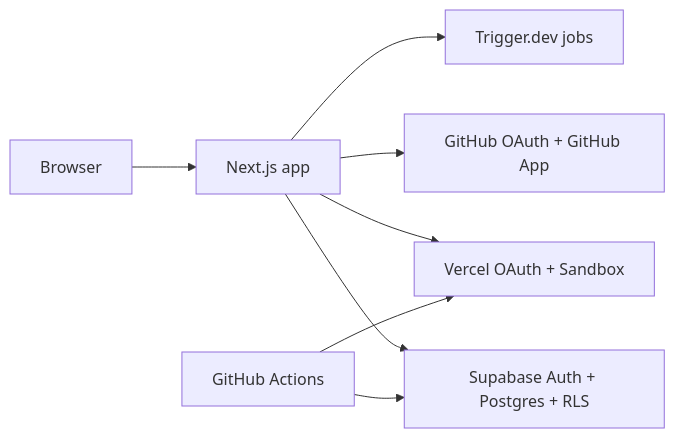
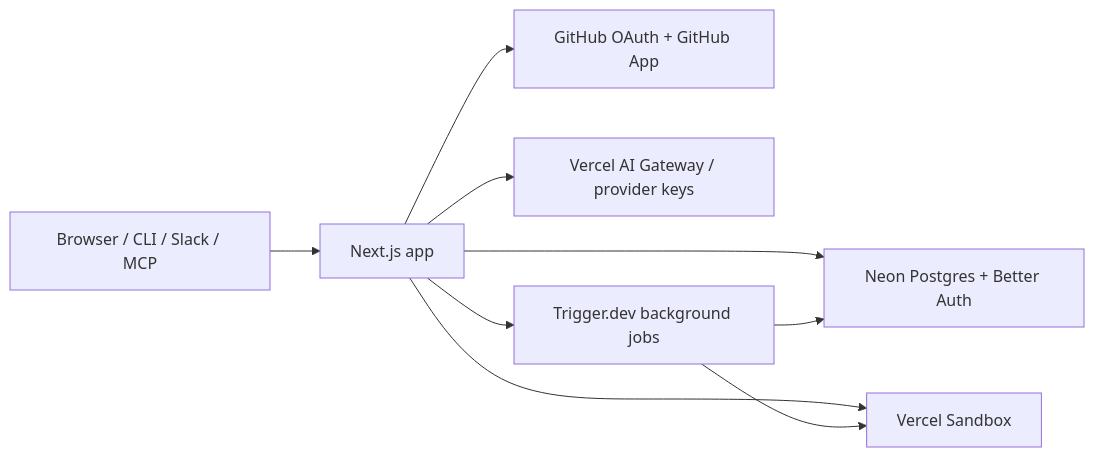
Before and after one commit to Mogplex/mogplex: the diagram in README.md, drawn with Mermaid. The commit also changed other lines of this file and 5 other files, not shown here.

````diff
--- a/README.md
+++ b/README.md
@@ -32,10 +34,11 @@
 ```mermaid
 flowchart LR
-  User[Browser] --> Next[Next.js app]
-  Next --> Supabase[Supabase Auth + Postgres + RLS]
+  User[Browser / CLI / Slack / MCP] --> Next[Next.js app]
+  Next --> DB[Neon Postgres + Better Auth]
   Next --> GitHub[GitHub OAuth + GitHub App]
-  Next --> Vercel[Vercel OAuth + Sandbox]
-  Next --> Trigger[Trigger.dev jobs]
-  GitHubActions[GitHub Actions] --> Supabase
-  GitHubActions --> Vercel
+  Next --> Sandbox[Vercel Sandbox]
+  Next --> Gateway[Vercel AI Gateway / provider keys]
+  Next --> Trigger[Trigger.dev background jobs]
+  Trigger --> Sandbox
+  Trigger --> DB
 ```
````
